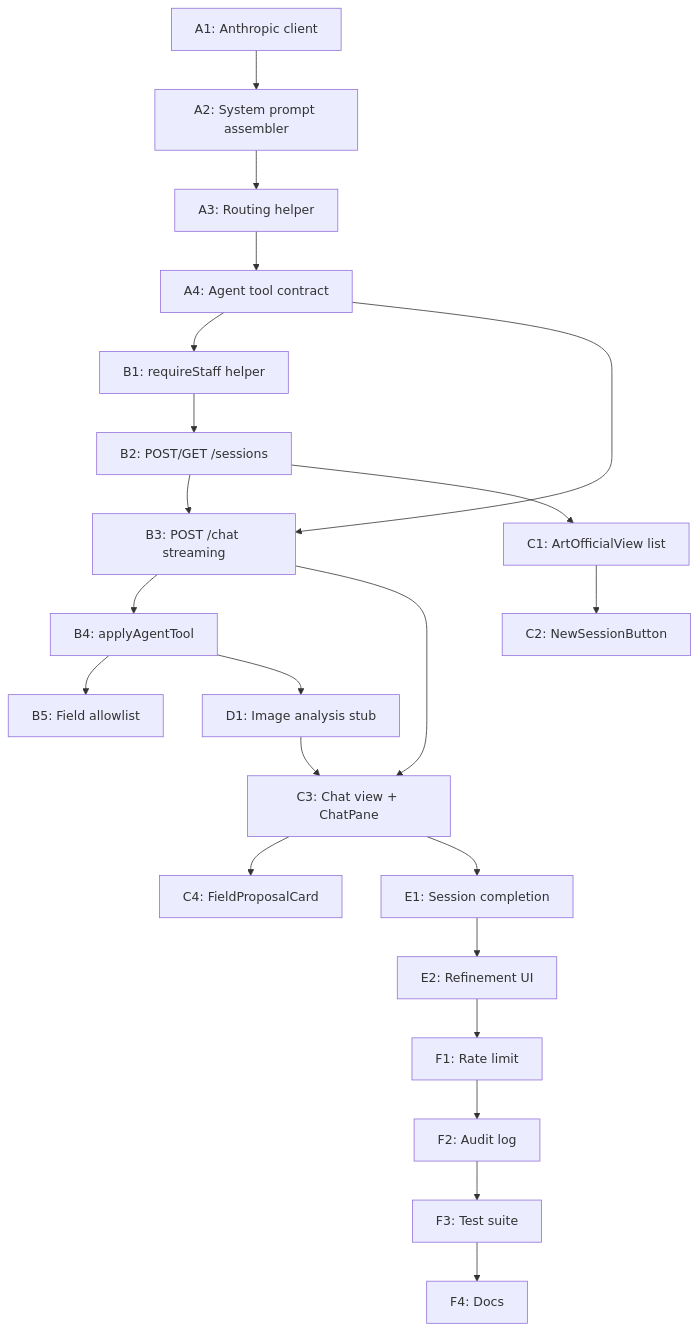
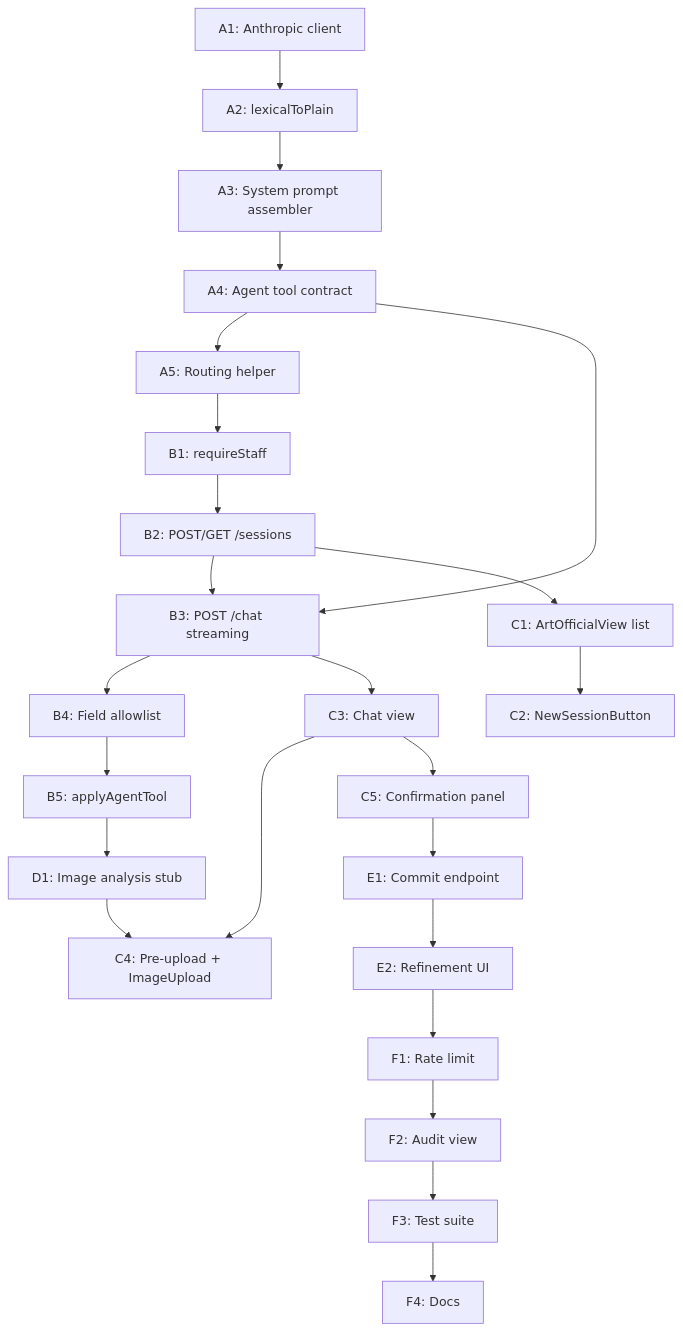
The diagram in docs/art-official-admin-implementation-plan.md (bernardbolter/bernardbolter-com), drawn with Mermaid before and after one commit. The commit also changed other lines of this file and 40 other files, not shown here.

````diff
--- a/docs/art-official-admin-implementation-plan.md
+++ b/docs/art-official-admin-implementation-plan.md
@@ -724,24 +1090,26 @@
 ```mermaid
 flowchart TD
-  A1[A1: Anthropic client] --> A2[A2: System prompt assembler]
-  A2 --> A3[A3: Routing helper]
+  A1[A1: Anthropic client] --> A2[A2: lexicalToPlain]
+  A2 --> A3[A3: System prompt assembler]
   A3 --> A4[A4: Agent tool contract]
-  A4 --> B1[B1: requireStaff helper]
+  A4 --> A5[A5: Routing helper]
+  A5 --> B1[B1: requireStaff]
   B1 --> B2[B2: POST/GET /sessions]
   B2 --> B3[B3: POST /chat streaming]
   A4 --> B3
-  B3 --> B4[B4: applyAgentTool]
-  B4 --> B5[B5: Field allowlist]
+  B3 --> B4[B4: Field allowlist]
+  B4 --> B5[B5: applyAgentTool]
   B2 --> C1[C1: ArtOfficialView list]
   C1 --> C2[C2: NewSessionButton]
-  B3 --> C3[C3: Chat view + ChatPane]
-  C3 --> C4[C4: FieldProposalCard]
-  B4 --> D1[D1: Image analysis stub]
-  D1 --> C3
-  C3 --> E1[E1: Session completion]
+  B3 --> C3[C3: Chat view]
+  C3 --> C4[C4: Pre-upload + ImageUpload]
+  C3 --> C5[C5: Confirmation panel]
+  B5 --> D1[D1: Image analysis stub]
+  D1 --> C4
+  C5 --> E1[E1: Commit endpoint]
   E1 --> E2[E2: Refinement UI]
   E2 --> F1[F1: Rate limit]
-  F1 --> F2[F2: Audit log]
+  F1 --> F2[F2: Audit view]
   F2 --> F3[F3: Test suite]
   F3 --> F4[F4: Docs]
 ```
````
